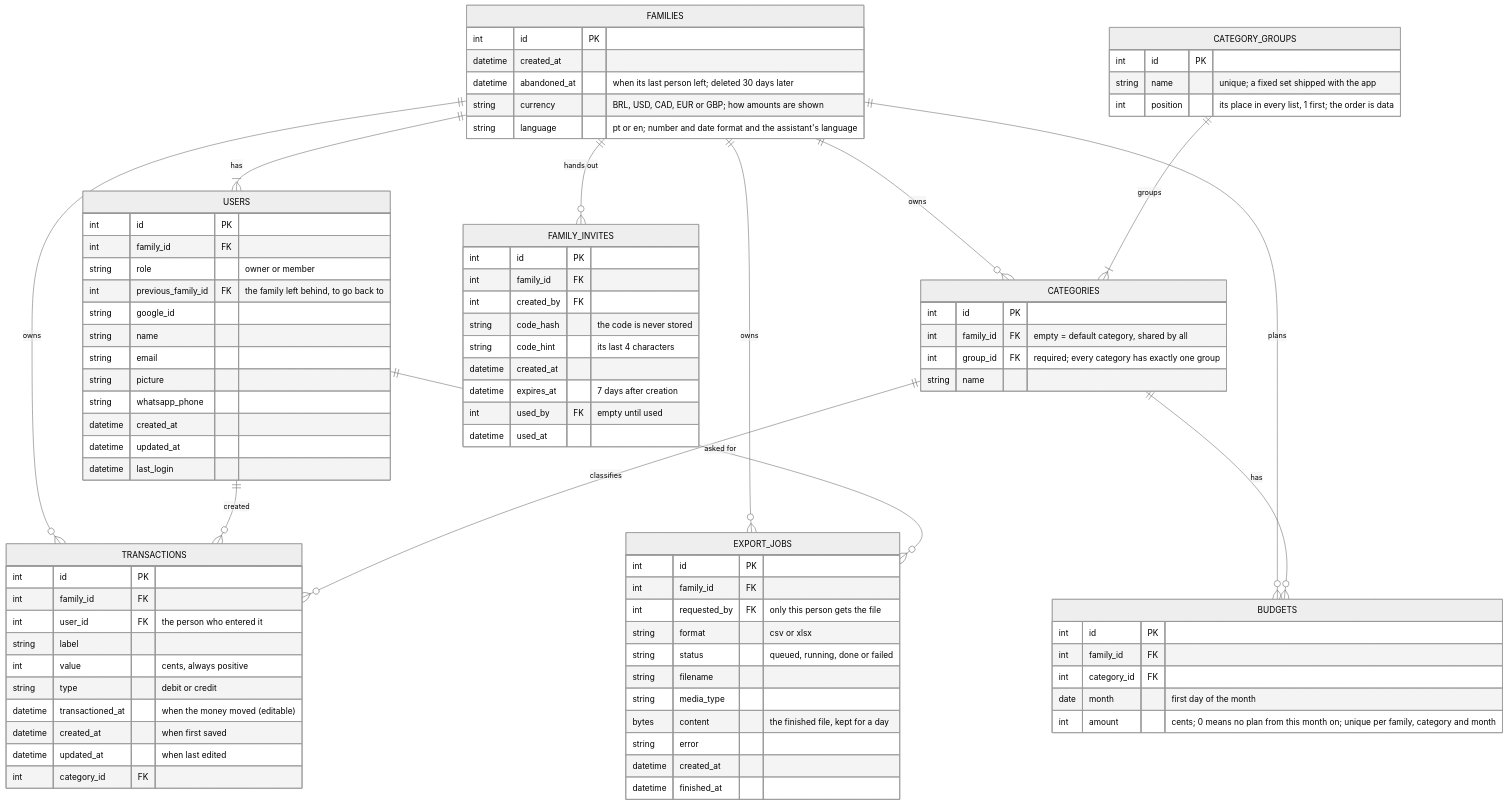
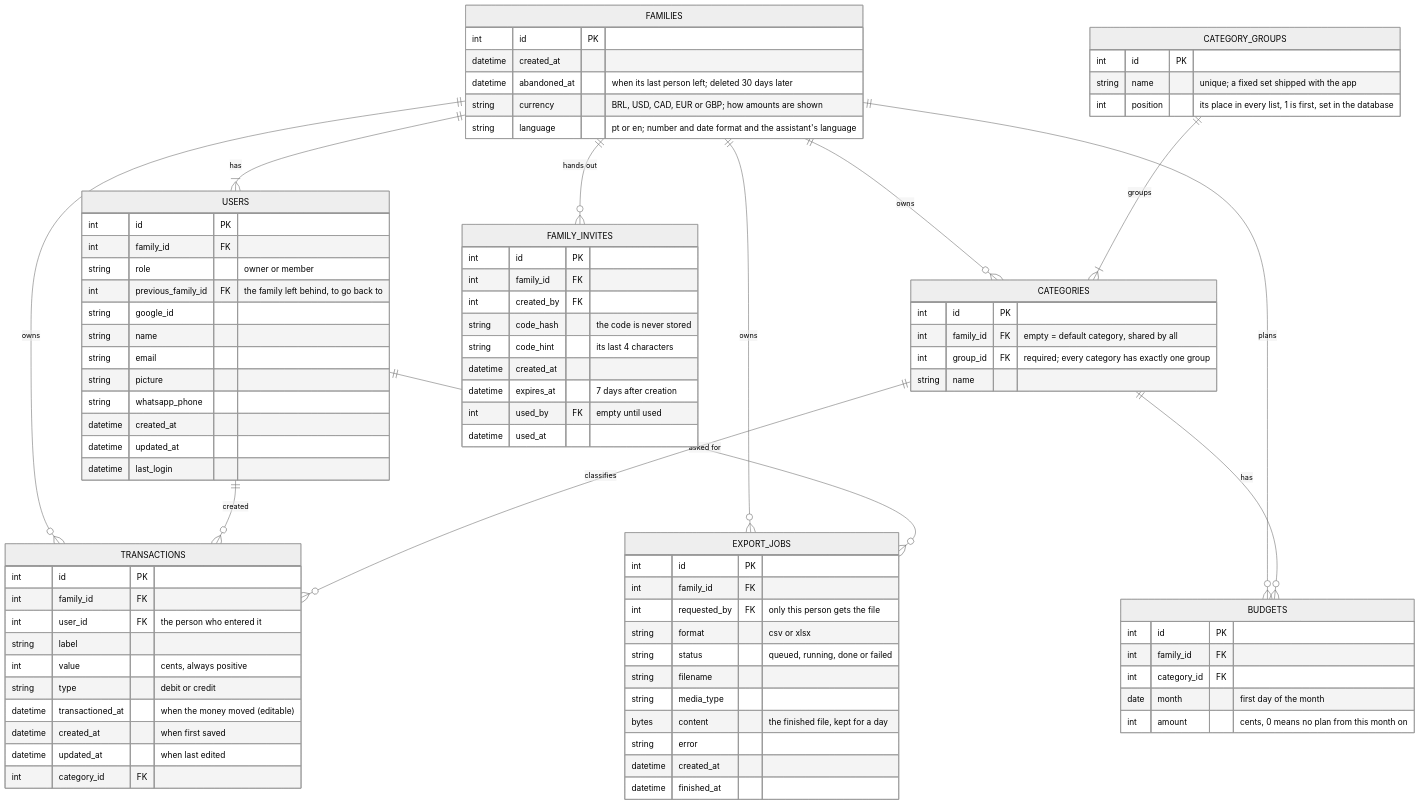
One commit to lucabattesini/money-budget changed the second of 4 diagrams in docs/SYSTEM_DESIGN.md. Above: the diagram before and after it, drawn with Mermaid (neutral theme). The commit also changed other lines of this file, not shown here.

Commit message:
MB-0022 docs: add column tables for category_groups (with position) and budgets to the data model

```diff
--- a/docs/SYSTEM_DESIGN.md
+++ b/docs/SYSTEM_DESIGN.md
@@ -223,7 +223,7 @@
     CATEGORY_GROUPS {
         int id PK
         string name "unique; a fixed set shipped with the app"
-        int position "its place in every list, 1 first; the order is data"
+        int position "its place in every list, 1 is first, set in the database"
     }
     CATEGORIES {
         int id PK
@@ -261,7 +261,7 @@
         int family_id FK
         int category_id FK
         date month "first day of the month"
-        int amount "cents; 0 means no plan from this month on; unique per family, category and month"
+        int amount "cents, 0 means no plan from this month on"
     }
     EXPORT_JOBS {
         int id PK
```
